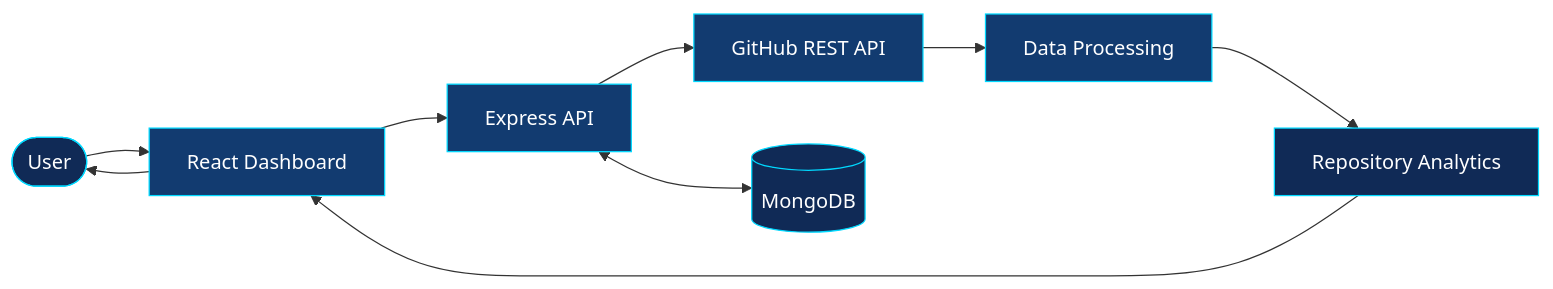
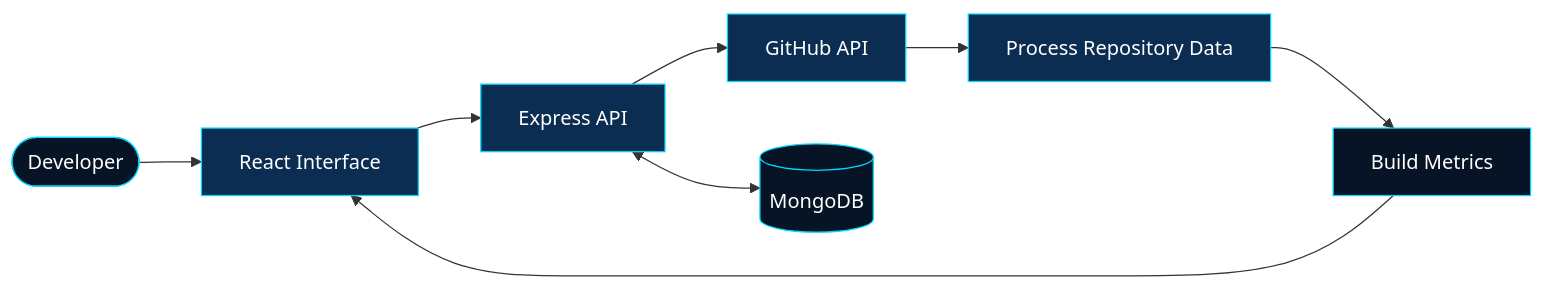
One commit to Priyanka170974/Priyanka170974 changed the first of 2 diagrams in README.md. Above: the diagram before and after it, drawn with Mermaid. The commit also changed other lines of this file, not shown here.

````diff
--- a/README.md
+++ b/README.md
@@ -48,19 +66,18 @@
 ```mermaid
 flowchart LR
-    U([User]) --> UI[React Dashboard]
+    U([Developer]) --> UI[React Interface]
     UI --> API[Express API]
-    API --> GH[GitHub REST API]
+    API --> GH[GitHub API]
     API <--> DB[(MongoDB)]
-    GH --> P[Data Processing]
-    P --> A[Repository Analytics]
-    A --> UI
-    UI --> U
+    GH --> P[Process Repository Data]
+    P --> M[Build Metrics]
+    M --> UI
 
-    style U fill:#102a56,stroke:#00d9ff,color:#ffffff
-    style UI fill:#123b70,stroke:#00d9ff,color:#ffffff
-    style API fill:#123b70,stroke:#00d9ff,color:#ffffff
-    style GH fill:#123b70,stroke:#00d9ff,color:#ffffff
-    style DB fill:#102a56,stroke:#00d9ff,color:#ffffff
-    style P fill:#123b70,stroke:#00d9ff,color:#ffffff
-    style A fill:#102a56,stroke:#00d9ff,color:#ffffff
+    style U fill:#071426,stroke:#00D9FF,color:#FFFFFF
+    style UI fill:#0B2D52,stroke:#00D9FF,color:#FFFFFF
+    style API fill:#0B2D52,stroke:#00D9FF,color:#FFFFFF
+    style GH fill:#0B2D52,stroke:#00D9FF,color:#FFFFFF
+    style DB fill:#071426,stroke:#00D9FF,color:#FFFFFF
+    style P fill:#0B2D52,stroke:#00D9FF,color:#FFFFFF
+    style M fill:#071426,stroke:#00D9FF,color:#FFFFFF
 ```
````
